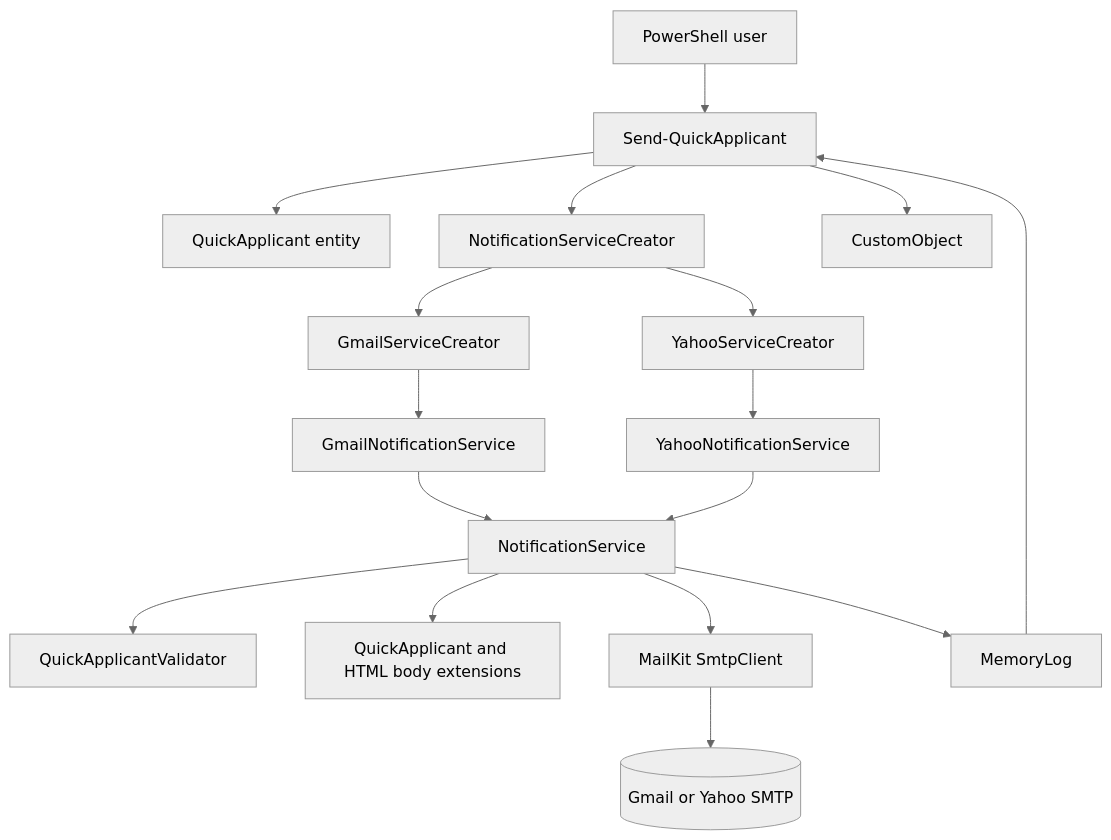
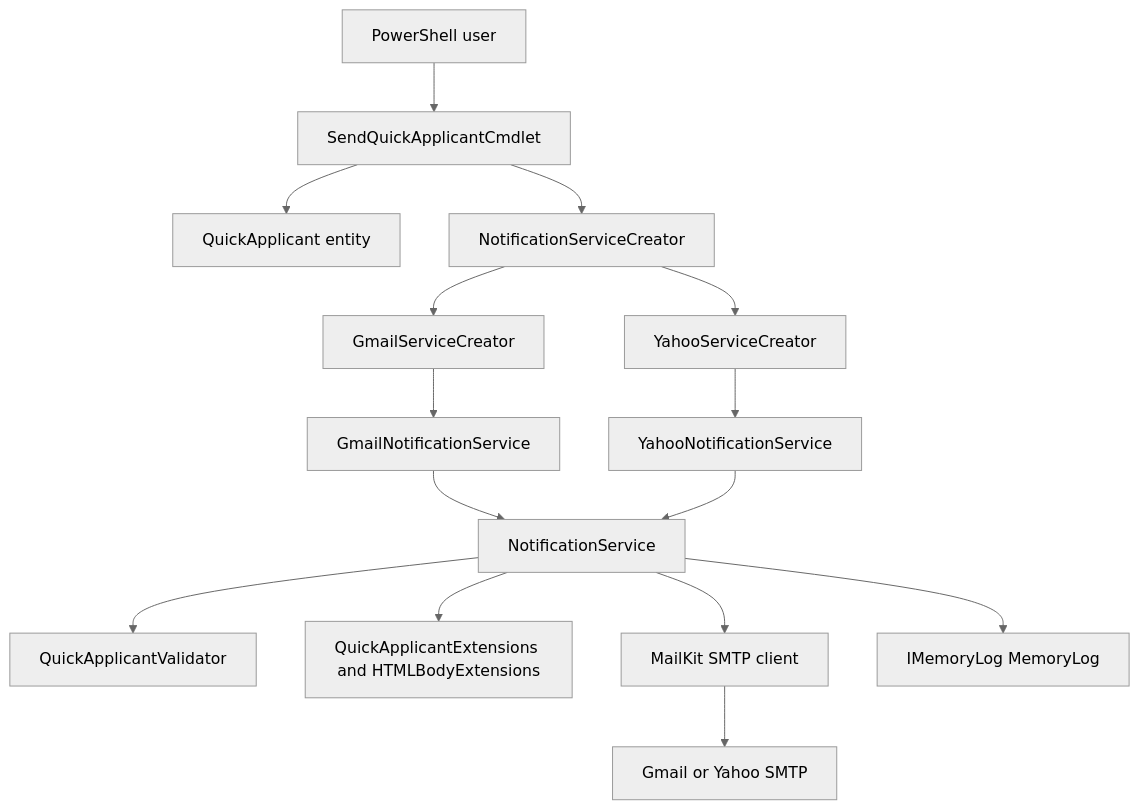
The first of 2 diagrams in CODEBASE_KNOWLEDGE.md (bluepensoftwareworks/bluepen.powershell), drawn with Mermaid (neutral theme) before and after one commit. The commit also changed other lines of this file, not shown here.

````diff
--- a/CODEBASE_KNOWLEDGE.md
+++ b/CODEBASE_KNOWLEDGE.md
@@ -520,19 +71,17 @@
 ```mermaid
 flowchart TD
-    User[PowerShell user] --> Cmdlet[Send-QuickApplicant]
-    Cmdlet --> Applicant[QuickApplicant entity]
+    User[PowerShell user] --> Cmdlet[SendQuickApplicantCmdlet]
+    Cmdlet --> QA[QuickApplicant entity]
     Cmdlet --> Creator[NotificationServiceCreator]
-    Creator --> GmailCreator[GmailServiceCreator]
-    Creator --> YahooCreator[YahooServiceCreator]
-    GmailCreator --> Gmail[GmailNotificationService]
-    YahooCreator --> Yahoo[YahooNotificationService]
+    Creator --> GmailFactory[GmailServiceCreator]
+    Creator --> YahooFactory[YahooServiceCreator]
+    GmailFactory --> Gmail[GmailNotificationService]
+    YahooFactory --> Yahoo[YahooNotificationService]
     Gmail --> Base[NotificationService]
     Yahoo --> Base
     Base --> Validator[QuickApplicantValidator]
-    Base --> Extensions[QuickApplicant and HTML body extensions]
-    Base --> MailKit[MailKit SmtpClient]
-    MailKit --> SMTP[(Gmail or Yahoo SMTP)]
-    Base --> MemoryLog[MemoryLog]
-    MemoryLog --> Cmdlet
-    Cmdlet --> Output[CustomObject]
+    Base --> Extensions[QuickApplicantExtensions and HTMLBodyExtensions]
+    Base --> MailKit[MailKit SMTP client]
+    Base --> Logs[IMemoryLog MemoryLog]
+    MailKit --> SMTP[Gmail or Yahoo SMTP]
 ```
````
